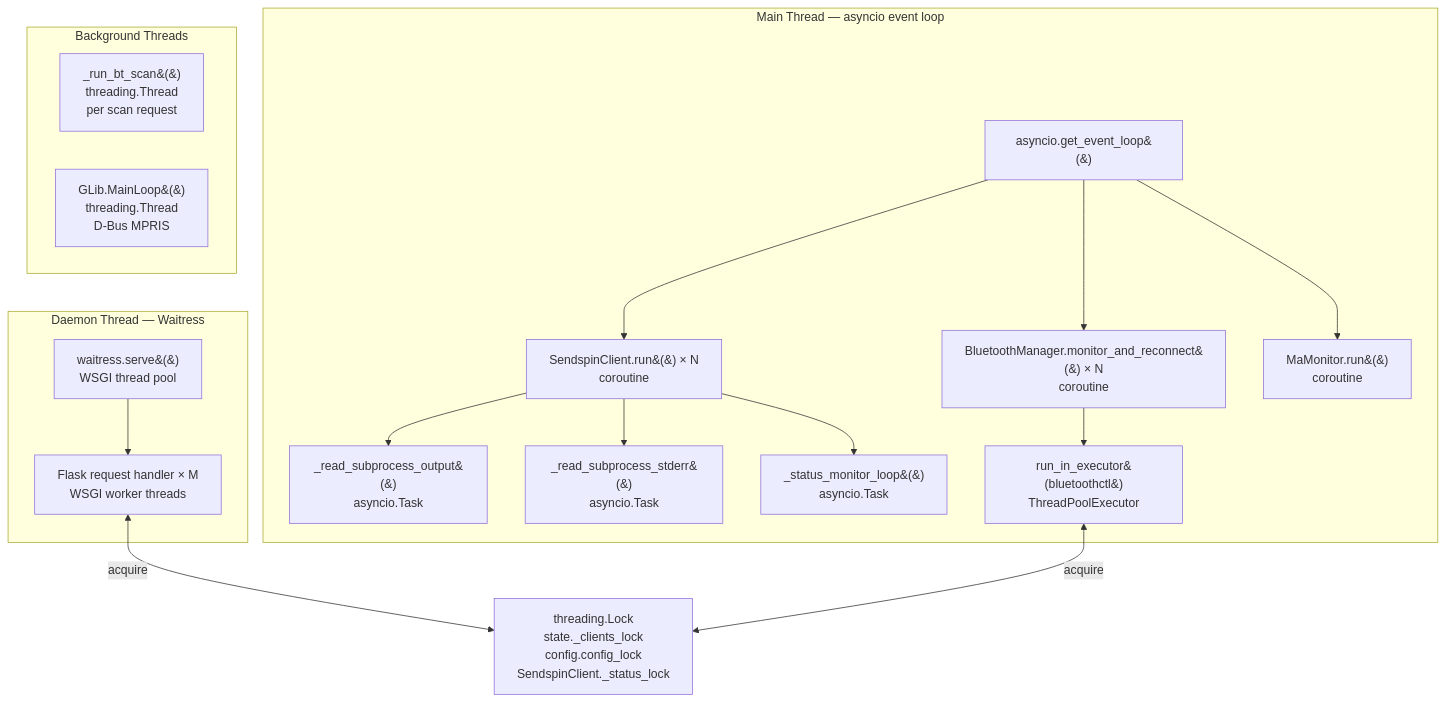
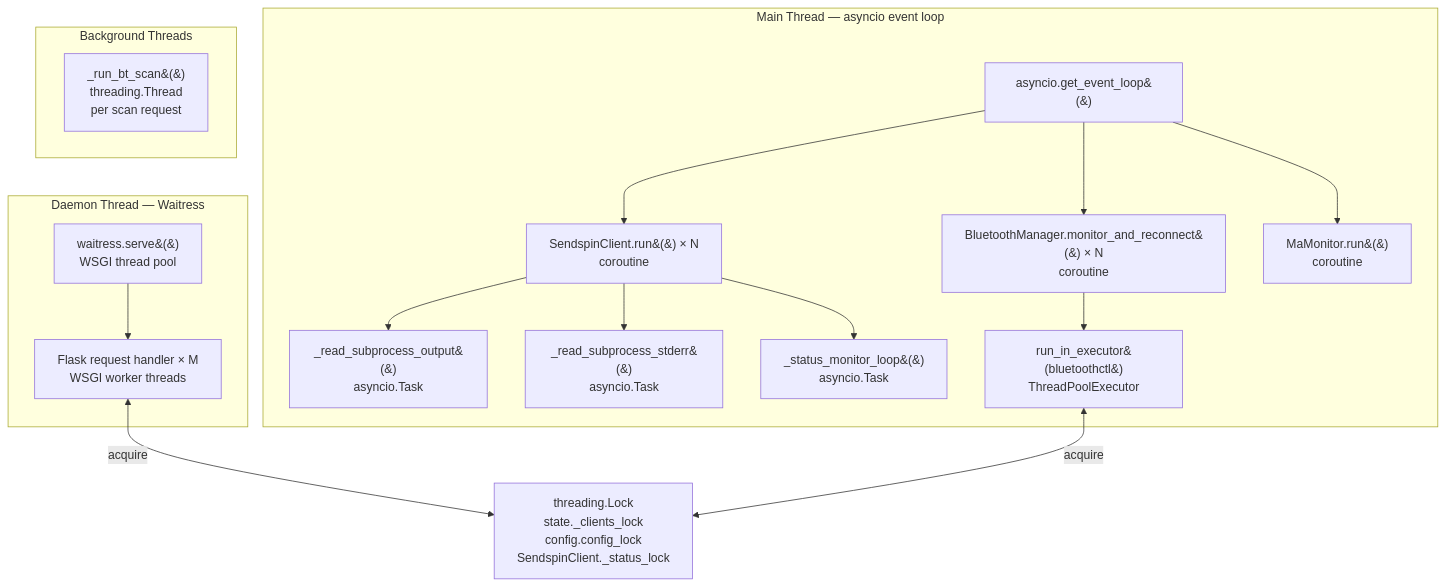
Diagram 18 of 20 in docs-site/src/content/docs/architecture.md (trudenboy/sendspin-bt-bridge), drawn with Mermaid before and after one commit. The commit also changed other lines of this file and 15 other files, not shown here.

````diff
--- a/docs-site/src/content/docs/architecture.md
+++ b/docs-site/src/content/docs/architecture.md
@@ -771,28 +717,27 @@
 ```mermaid
 graph TD
     subgraph "Main Thread — asyncio event loop"
         EL[asyncio.get_event_loop&#40;&#41;]
         EL --> T1[SendspinClient.run&#40;&#41; × N<br/>coroutine]
         EL --> T2[BluetoothManager.monitor_and_reconnect&#40;&#41; × N<br/>coroutine]
         EL --> T3[MaMonitor.run&#40;&#41;<br/>coroutine]
         T1 --> T4[_read_subprocess_output&#40;&#41;<br/>asyncio.Task]
         T1 --> T5[_read_subprocess_stderr&#40;&#41;<br/>asyncio.Task]
         T1 --> T6[_status_monitor_loop&#40;&#41;<br/>asyncio.Task]
         T2 --> T7[run_in_executor&#40;bluetoothctl&#41;<br/>ThreadPoolExecutor]
     end
 
     subgraph "Daemon Thread — Waitress"
         WT[waitress.serve&#40;&#41;<br/>WSGI thread pool]
         WT --> W1[Flask request handler × M<br/>WSGI worker threads]
     end
 
     subgraph "Background Threads"
         BT1[_run_bt_scan&#40;&#41;<br/>threading.Thread<br/>per scan request]
-        BT2[GLib.MainLoop&#40;&#41;<br/>threading.Thread<br/>D-Bus MPRIS]
     end
 
     LOCK[threading.Lock<br/>state._clients_lock<br/>config.config_lock<br/>SendspinClient._status_lock]
 
     W1 <-->|acquire| LOCK
     T7 <-->|acquire| LOCK
 ```
````
